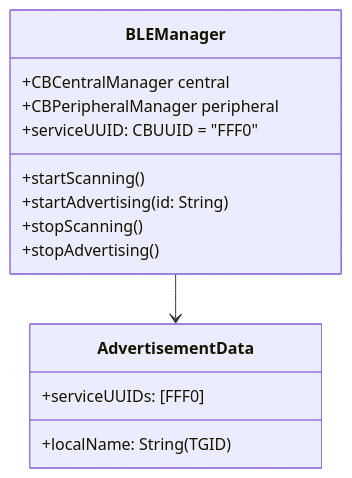
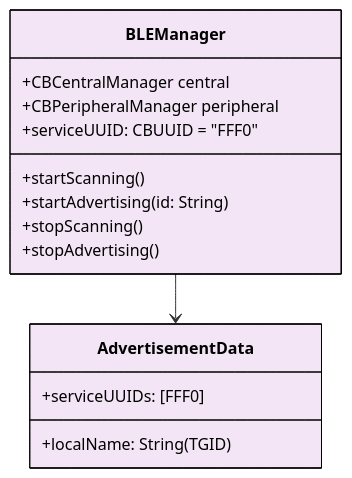
One commit to hiTechTeam/Telescan-iOS changed the second of 14 diagrams in TelescaniOS/WHITEPAPER.md. Above: the diagram before and after it, drawn with Mermaid. The commit also changed other lines of this file, not shown here.

````diff
--- a/TelescaniOS/WHITEPAPER.md
+++ b/TelescaniOS/WHITEPAPER.md
@@ -89,19 +90,22 @@
 ```mermaid
 classDiagram
     class BLEManager {
         +CBCentralManager central
         +CBPeripheralManager peripheral
         +serviceUUID: CBUUID = "FFF0"
         +startScanning()
         +startAdvertising(id: String)
         +stopScanning()
         +stopAdvertising()
     }
 
     class AdvertisementData {
         +localName: String (TGID)
         +serviceUUIDs: [FFF0]
     }
 
     BLEManager --> AdvertisementData
+
+    style BLEManager fill:#f3e5f5,stroke:#000,color:#000
+    style AdvertisementData fill:#f3e5f5,stroke:#000,color:#000
 ```
````
